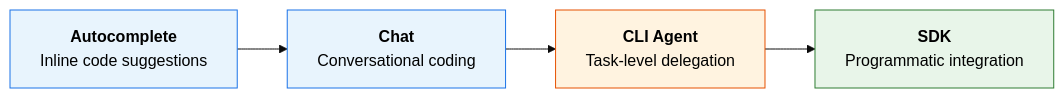
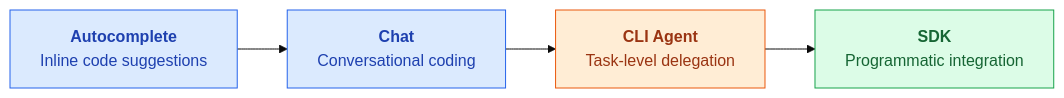
The first of 4 diagrams in hugo-site/content/blog/2026/01/5.copilot-sdk-deep-dive-unlocked-future-potential.md (raj-champion-trader/rajchampaneriya.github.io), drawn with Mermaid (base theme) before and after one commit. The commit also changed other lines of this file and 5 other files, not shown here.

First line of the commit message:
Enhance Mermaid Diagrams with Semantic Color Classes and Dark Mode Support

````diff
--- a/hugo-site/content/blog/2026/01/5.copilot-sdk-deep-dive-unlocked-future-potential.md
+++ b/hugo-site/content/blog/2026/01/5.copilot-sdk-deep-dive-unlocked-future-potential.md
@@ -22,11 +22,10 @@
 ```mermaid
 graph LR
-    A["<b>Autocomplete</b><br/>Inline code suggestions"] --> B["<b>Chat</b><br/>Conversational coding"]
-    B --> C["<b>CLI Agent</b><br/>Task-level delegation"]
-    C --> D["<b>SDK</b><br/>Programmatic integration"]
+    classDef primary fill:#dbeafe,stroke:#2563eb,color:#1e40af
+    classDef accent fill:#ffedd5,stroke:#ea580c,color:#9a3412
+    classDef secondary fill:#dcfce7,stroke:#16a34a,color:#166534
 
-    style A fill:#e8f4fd,stroke:#1a73e8,color:#000
-    style B fill:#e8f4fd,stroke:#1a73e8,color:#000
-    style C fill:#fff3e0,stroke:#e65100,color:#000
-    style D fill:#e8f5e9,stroke:#2e7d32,color:#000
+    A["<b>Autocomplete</b><br/>Inline code suggestions"]:::primary --> B["<b>Chat</b><br/>Conversational coding"]:::primary
+    B --> C["<b>CLI Agent</b><br/>Task-level delegation"]:::accent
+    C --> D["<b>SDK</b><br/>Programmatic integration"]:::secondary
 ```
````
